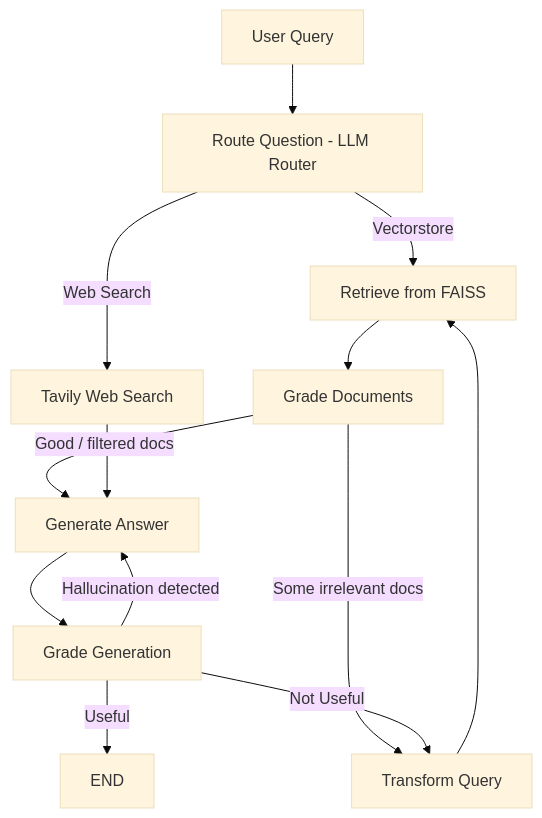
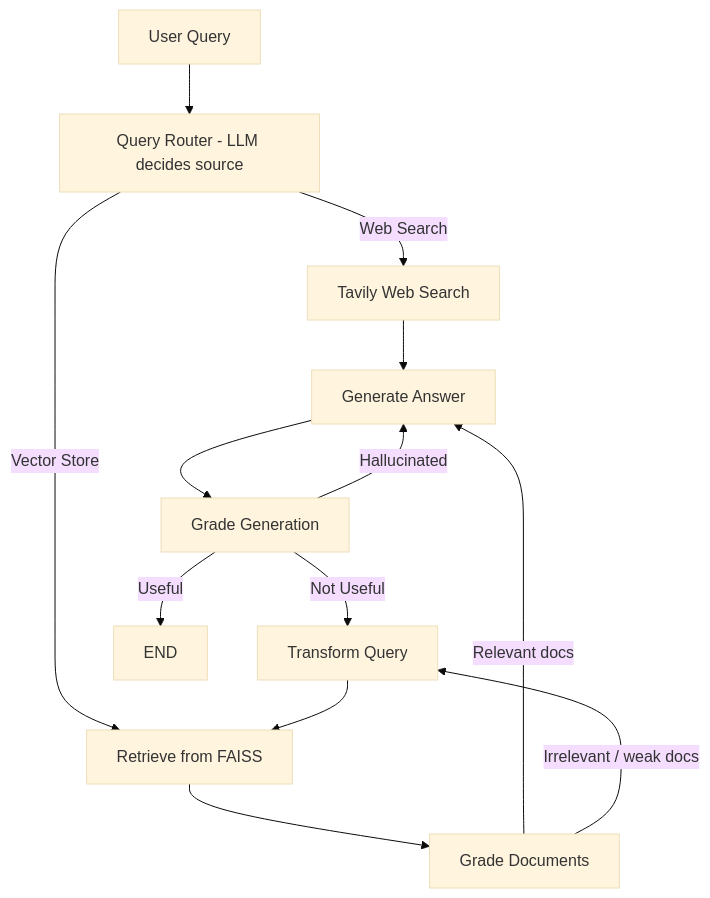
Before and after one commit to Saranshthakur/agentic-adaptive-rag-pipeline: the diagram in README.md, drawn with Mermaid (base theme).

````diff
--- a/README.md
+++ b/README.md
@@ -26,25 +26,22 @@
 ```mermaid
 flowchart TD
 
-A[User Query] --> B[Route Question - LLM Router]
+A[User Query] --> B[Query Router - LLM decides source]
 
-B -->|Vectorstore| C[Retrieve from FAISS]
+B -->|Web Search| C[Tavily Web Search]
+C --> D[Generate Answer]
 
-B -->|Web Search| D[Tavily Web Search]
+B -->|Vector Store| E[Retrieve from FAISS]
+E --> F[Grade Documents]
 
-C --> E[Grade Documents]
+F -->|Relevant docs| D[Generate Answer]
+F -->|Irrelevant / weak docs| G[Transform Query]
 
-E -->|Good / filtered docs| F[Generate Answer]
-E -->|Some irrelevant docs| G[Transform Query]
+G --> E
 
-G --> C
-
-D --> F
-
-F --> H[Grade Generation]
+D --> H[Grade Generation]
 
 H -->|Useful| I[END]
-
 H -->|Not Useful| G
-H -->|Hallucination detected| F
+H -->|Hallucinated| D
 ```
````
